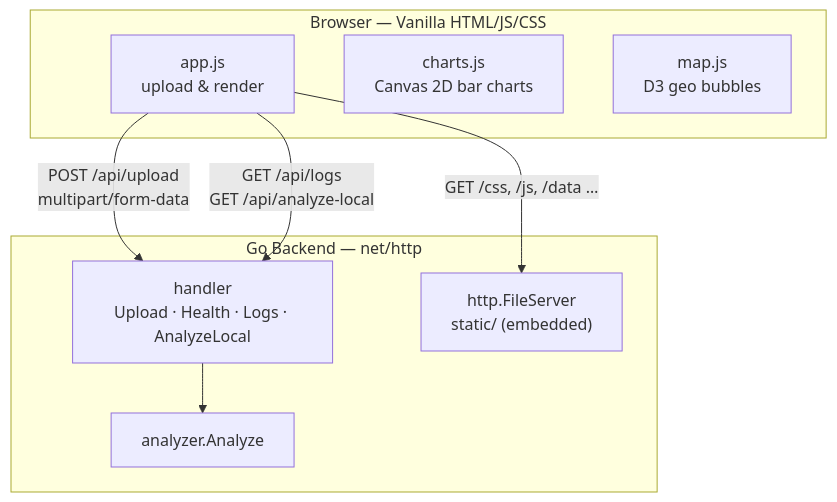
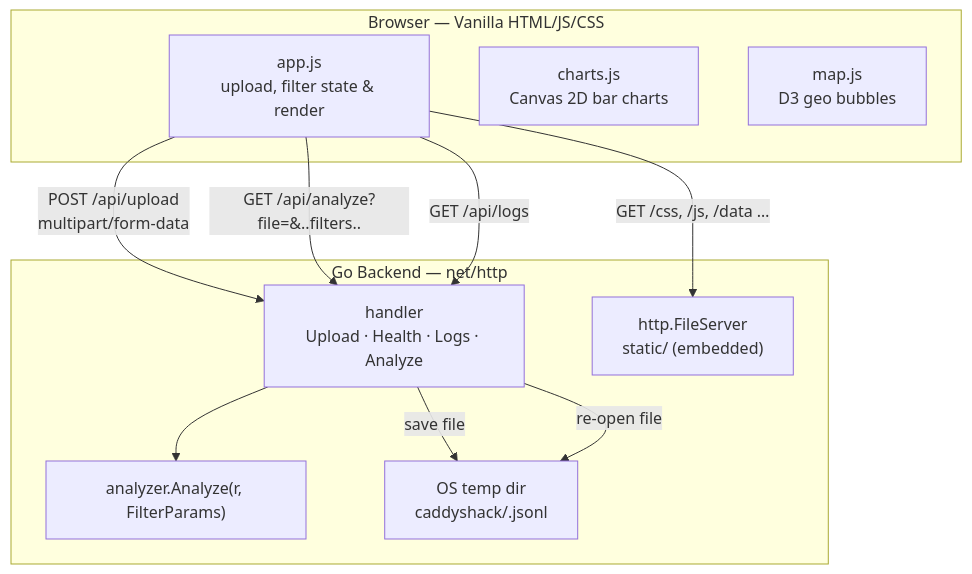
Before and after one commit to bjblazko/caddyshack: the first of 2 diagrams in doc/arch/05_building_block_view.md, drawn with Mermaid. The commit also changed other lines of this file and 18 other files, not shown here.

````diff
--- a/doc/arch/05_building_block_view.md
+++ b/doc/arch/05_building_block_view.md
@@ -5,19 +5,23 @@
 ```mermaid
 graph TB
     subgraph Browser["Browser — Vanilla HTML/JS/CSS"]
-        appjs["app.js\nupload & render"]
+        appjs["app.js\nupload, filter state & render"]
         chartsjs["charts.js\nCanvas 2D bar charts"]
         mapjs["map.js\nD3 geo bubbles"]
     end
 
     subgraph Backend["Go Backend — net/http"]
-        handler["handler\nUpload · Health · Logs · AnalyzeLocal"]
-        analyzer["analyzer.Analyze"]
+        handler["handler\nUpload · Health · Logs · Analyze"]
+        analyzer["analyzer.Analyze(r, FilterParams)"]
         fileserver["http.FileServer\nstatic/ (embedded)"]
+        tmpdir["OS temp dir\ncaddyshack/<id>.jsonl"]
     end
 
     appjs -->|"POST /api/upload\nmultipart/form-data"| handler
-    appjs -->|"GET /api/logs\nGET /api/analyze-local"| handler
+    appjs -->|"GET /api/analyze?file=<id>&..filters.."| handler
+    appjs -->|"GET /api/logs"| handler
     appjs -->|"GET /css, /js, /data …"| fileserver
+    handler -->|"save file"| tmpdir
+    handler -->|"re-open file"| tmpdir
     handler --> analyzer
 ```
````
